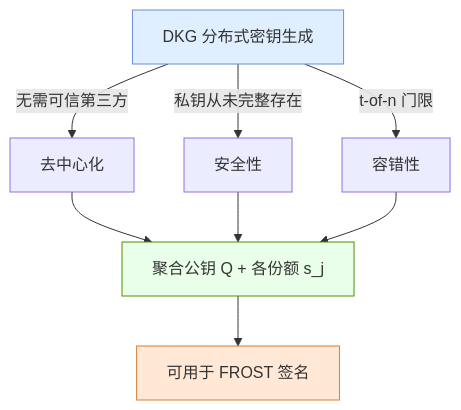
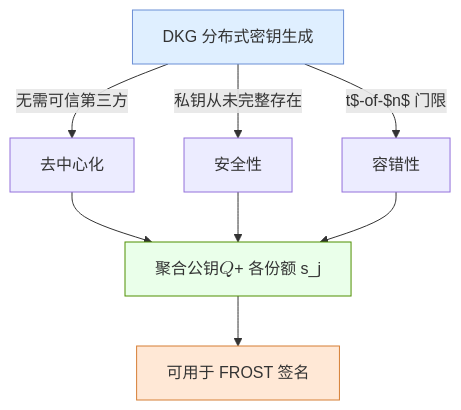
The seventh of 7 diagrams in frost/dkg.md (davidLeeeeeeeeeeee/dex), drawn with Mermaid before and after one commit. The commit also changed other lines of this file, not shown here.

````diff
--- a/frost/dkg.md
+++ b/frost/dkg.md
@@ -171,18 +173,18 @@
 ```mermaid
 flowchart TB
     DKG["DKG 分布式密钥生成"]
     
     DKG --> |"无需可信第三方"| TRUSTLESS["去中心化"]
     DKG --> |"私钥从未完整存在"| SECURE["安全性"]
-    DKG --> |"t-of-n 门限"| THRESHOLD["容错性"]
+    DKG --> |"t$-of-$n$ 门限"| THRESHOLD["容错性"]
     
-    TRUSTLESS --> RESULT["聚合公钥 Q + 各份额 s_j"]
+    TRUSTLESS --> RESULT["聚合公钥 $$Q$$ + 各份额 s_j"]
     SECURE --> RESULT
     THRESHOLD --> RESULT
     
     RESULT --> FROST["可用于 FROST 签名"]
     
     style DKG fill:#dfefff,stroke:#6b8fd6
     style RESULT fill:#eaffea,stroke:#4f8f00
     style FROST fill:#ffe8d6,stroke:#d67f35
 ```
````
